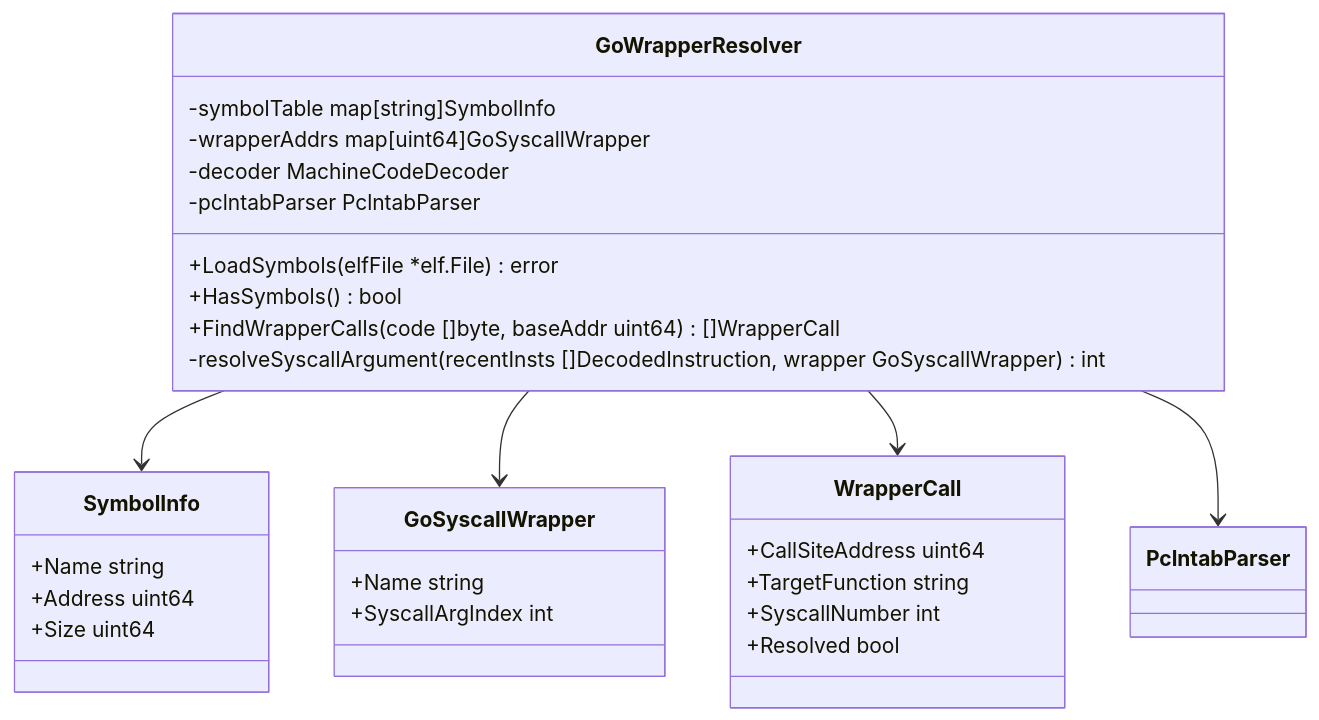
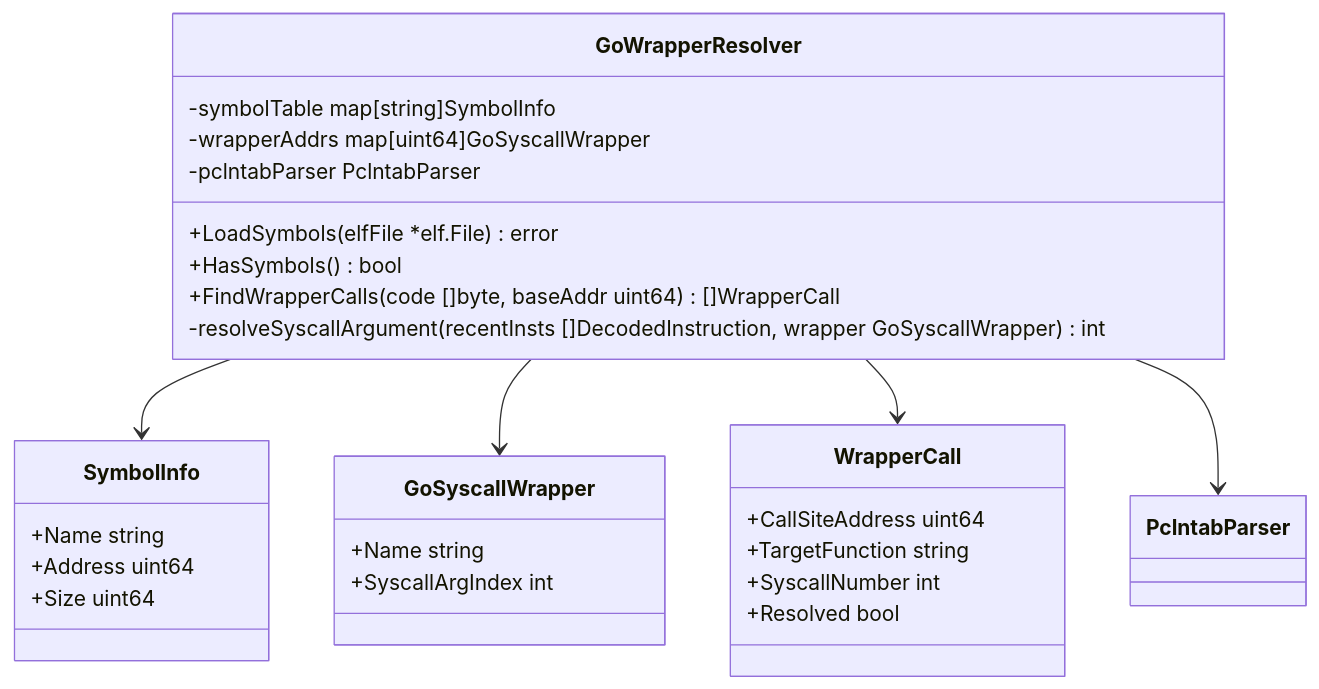
The tenth of 18 diagrams in docs/tasks/0070_elf_syscall_analysis/02_architecture.md (isseis/go-safe-cmd-runner), drawn with Mermaid before and after one commit. The commit also changed other lines of this file and 1 other file, not shown here.

````diff
--- a/docs/tasks/0070_elf_syscall_analysis/02_architecture.md
+++ b/docs/tasks/0070_elf_syscall_analysis/02_architecture.md
@@ -349,36 +348,35 @@
 ```mermaid
 classDiagram
     class GoWrapperResolver {
         -symbolTable map[string]SymbolInfo
         -wrapperAddrs map[uint64]GoSyscallWrapper
-        -decoder MachineCodeDecoder
         -pclntabParser PclntabParser
         +LoadSymbols(elfFile *elf.File) error
         +HasSymbols() bool
         +FindWrapperCalls(code []byte, baseAddr uint64) []WrapperCall
         -resolveSyscallArgument(recentInsts []DecodedInstruction, wrapper GoSyscallWrapper) int
     }
 
     class SymbolInfo {
         +Name string
         +Address uint64
         +Size uint64
     }
 
     class GoSyscallWrapper {
         +Name string
         +SyscallArgIndex int
     }
 
     class WrapperCall {
         +CallSiteAddress uint64
         +TargetFunction string
         +SyscallNumber int
         +Resolved bool
     }
 
     GoWrapperResolver --> SymbolInfo
     GoWrapperResolver --> GoSyscallWrapper
     GoWrapperResolver --> WrapperCall
     GoWrapperResolver --> PclntabParser
 ```
````
